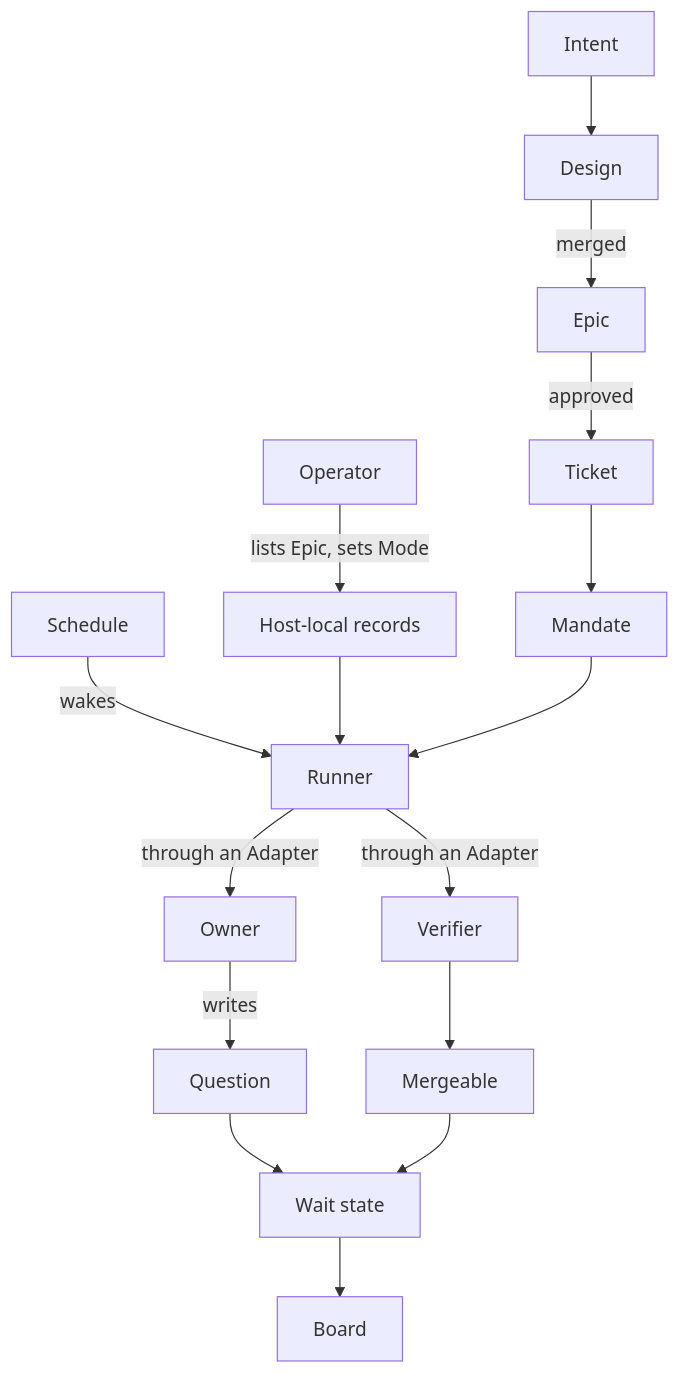
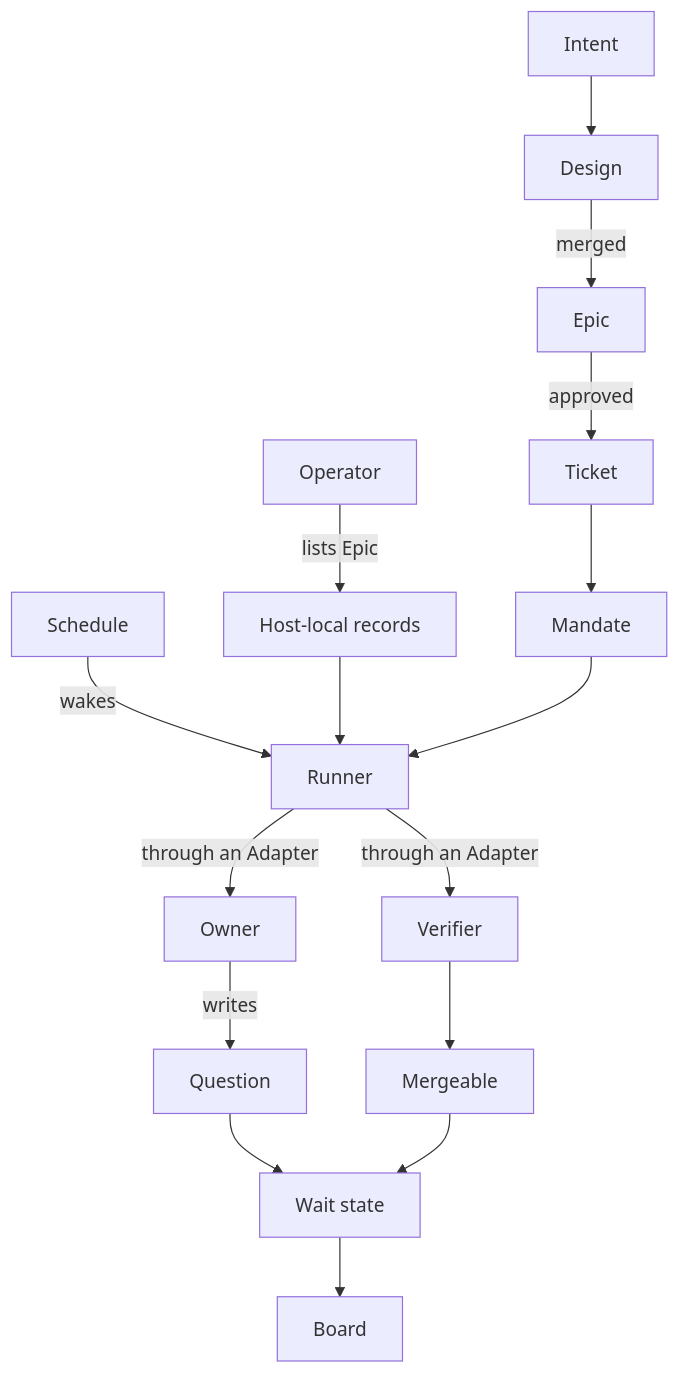
The second of 5 diagrams in docs/design/development-pipeline.md (maro114510/skills), drawn with Mermaid before and after one commit. The commit also changed other lines of this file and 2 other files, not shown here.

First line of the commit message:
docs(development-pipeline): remove observe mode

````diff
--- a/docs/design/development-pipeline.md
+++ b/docs/design/development-pipeline.md
@@ -34,18 +34,18 @@
 ```mermaid
 flowchart TB
   Intent --> Design
   Design -->|merged| Epic
   Epic -->|approved| Ticket
   Ticket --> Mandate
-  Operator -->|lists Epic, sets Mode| Records[Host-local records]
+  Operator -->|lists Epic| Records[Host-local records]
   Schedule -->|wakes| Runner
   Records --> Runner
   Mandate --> Runner
   Runner -->|through an Adapter| Owner
   Runner -->|through an Adapter| Verifier
   Owner -->|writes| Question
   Question --> WaitState[Wait state]
   Verifier --> Mergeable
   Mergeable --> WaitState
   WaitState --> Board
 ```
````
